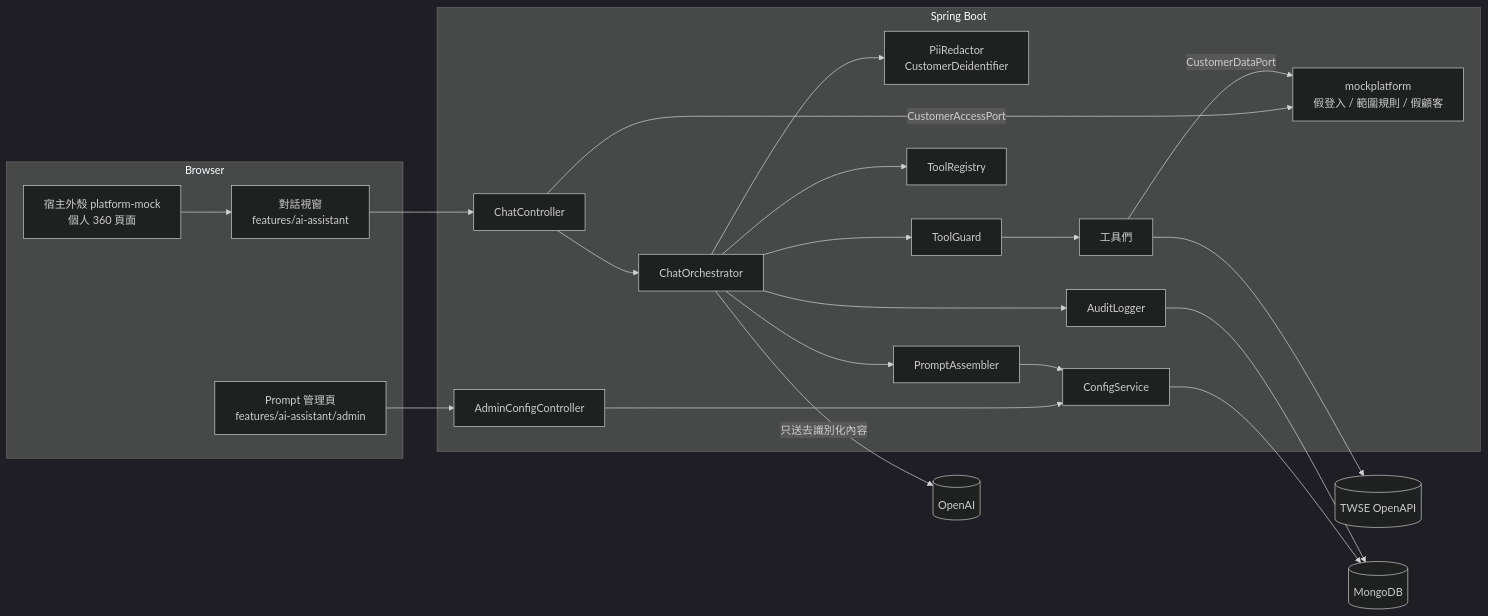
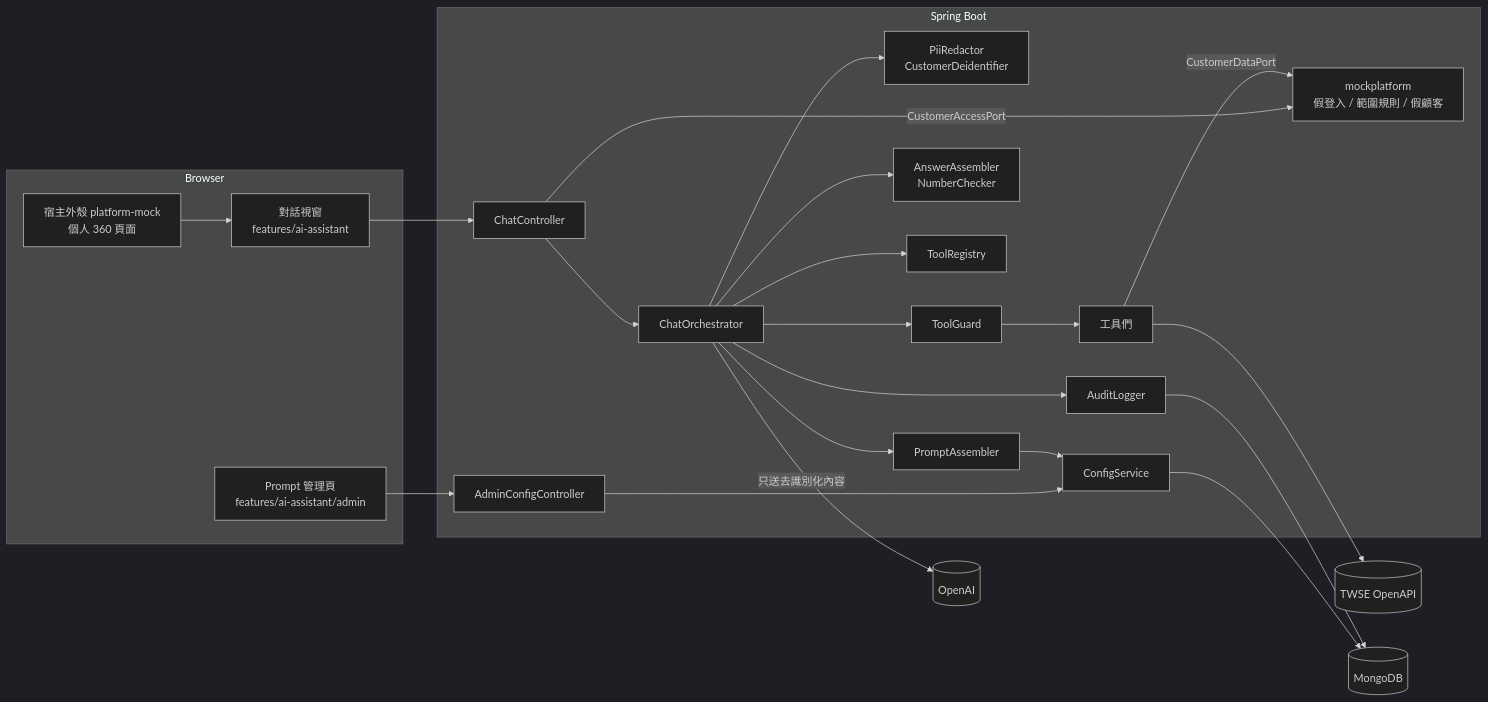
One commit to Rue1216/assistant-poc changed the first of 2 diagrams in docs/spec/01-architecture.md. Above: the diagram before and after it, drawn with Mermaid (dark theme). The commit also changed other lines of this file and 18 other files, not shown here.

````diff
--- a/docs/spec/01-architecture.md
+++ b/docs/spec/01-architecture.md
@@ -7,37 +7,39 @@
 ```mermaid
 flowchart LR
   subgraph Browser
     H[宿主外殼 platform-mock<br/>個人 360 頁面]
     W[對話視窗<br/>features/ai-assistant]
     A[Prompt 管理頁<br/>features/ai-assistant/admin]
   end
   subgraph Backend[Spring Boot]
     CC[ChatController]
     AC[AdminConfigController]
     O[ChatOrchestrator]
     RD[PiiRedactor<br/>CustomerDeidentifier]
     PA[PromptAssembler]
+    AA[AnswerAssembler<br/>NumberChecker]
     TR[ToolRegistry]
     TG[ToolGuard]
     T[工具們]
     CS[ConfigService]
     AU[AuditLogger]
     MP[mockplatform<br/>假登入 / 範圍規則 / 假顧客]
   end
   GPT[(OpenAI)]
   TWSE[(TWSE OpenAPI)]
   DB[(MongoDB)]
 
   H --> W --> CC
   CC -->|CustomerAccessPort| MP
   CC --> O
   A --> AC --> CS --> DB
   O --> RD
   O --> PA --> CS
+  O --> AA
   O --> TR
   O -->|只送去識別化內容| GPT
   O --> TG --> T
   T -->|CustomerDataPort| MP
   T --> TWSE
   O --> AU --> DB
 ```
````
